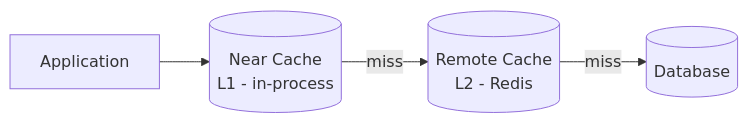
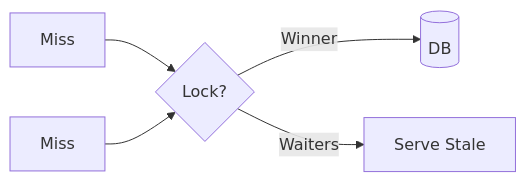
One commit to hareramcse/SystemDesign changed the third of 3 diagrams in 03-caching/README.md. Above: the diagram before and after it, drawn with Mermaid. The commit also changed other lines of this file and 15 other files, not shown here.

````diff
--- a/03-caching/README.md
+++ b/03-caching/README.md
@@ -529,11 +153,7 @@
 ```mermaid
 flowchart LR
-    App[Application]
-    Near[(Near Cache<br/>L1 - in-process)]
-    Remote[(Remote Cache<br/>L2 - Redis)]
-    DB[(Database)]
-
-    App --> Near
-    Near -->|miss| Remote
-    Remote -->|miss| DB
+    Miss1[Miss] --> Lock{Lock?}
+    Miss2[Miss] --> Lock
+    Lock -->|Winner| DB[(DB)]
+    Lock -->|Waiters| Stale[Serve Stale]
 ```
````
